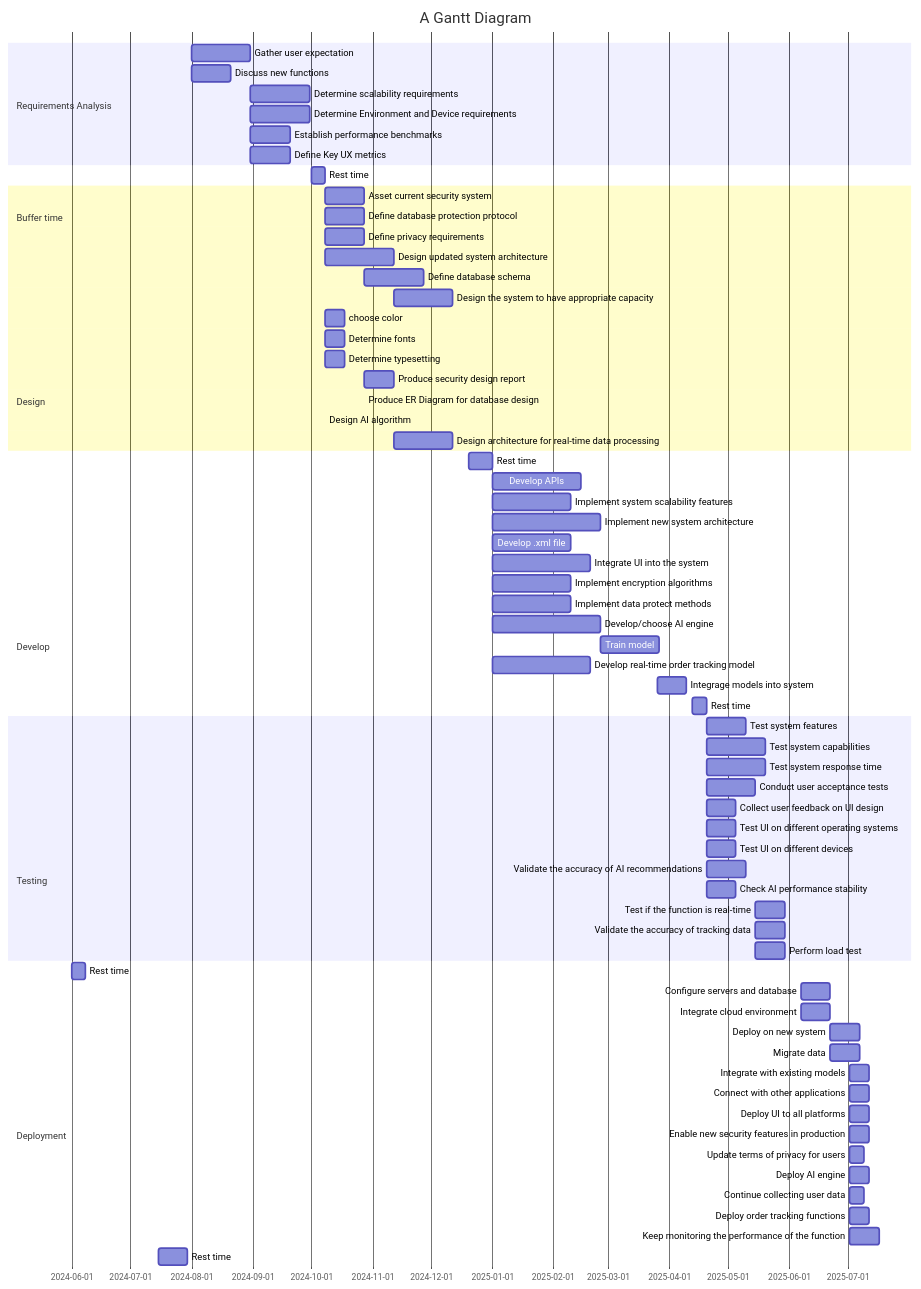
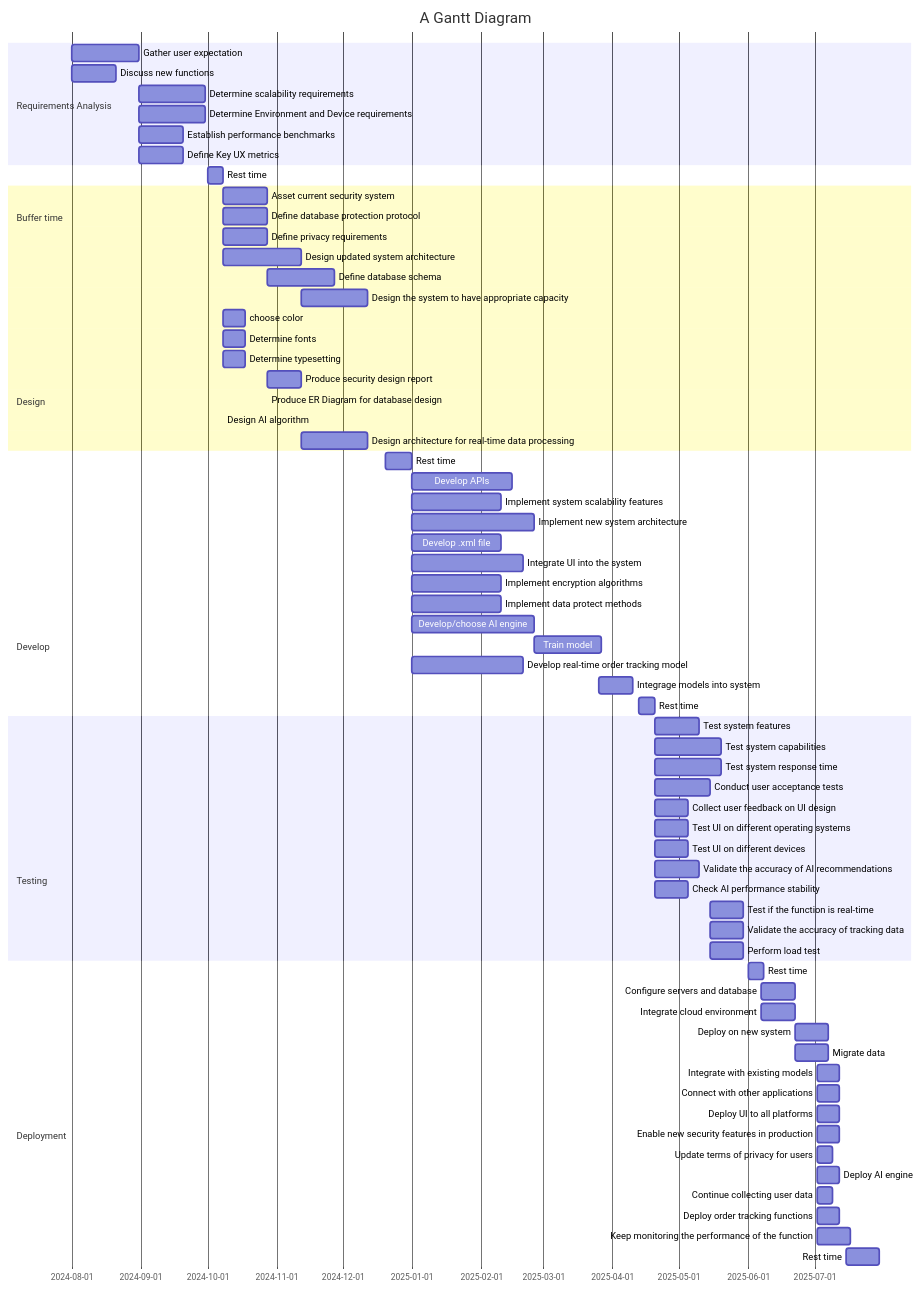
The diagram in all/Untitled-6.md (sayshelley/iodraw-files), drawn with Mermaid before and after one commit.

Commit message:
2024-10-11 18:50:21 update

````diff
--- a/all/Untitled-6.md
+++ b/all/Untitled-6.md
@@ -1,82 +1,82 @@
 ```mermaid
 gantt
     title A Gantt Diagram
     dateFormat  YYYY-MM-DD
     section Requirements Analysis
         Gather user expectation: a4, 2024-08-01, 30d
         Discuss new functions: a6, 2024-08-01, 20d
         Determine scalability requirements: a1, after a4, 30d
         Determine Environment and Device requirements: a2, after a4, 30d
         Establish performance benchmarks: a3, after a4, 20d
         Define Key UX metrics: a5, after a4, 20d
     section Buffer time
         Rest time: 2024-10-01, 7d
         
     section Design
         Asset current security system: b1, 2024-10-08, 20d
         Define database protection protocol: b2, 2024-10-08, 20d
         Define privacy requirements: b3, 2024-10-08, 20d
         Design updated system architecture: b4, 2024-10-08, 35d
         Define database schema: b5, after b2, 30d
         Design the system to have appropriate capacity: b6, after b4, 30d
         choose color: b7, 2024-10-08, 10d
         Determine fonts: b8, 2024-10-08, 10d
         Determine typesetting: b9, 2024-10-08, 10d
         Produce security design report: b10, 2024-10-28 ,15d
         Produce ER Diagram for database design: b11, 2024-10-28, 15
         Design AI algorithm: b12, 2024-10-08, 35
         Design architecture for real-time data processing: b13, 2024-11-12,30d
     section Buffer time
         Rest time: 2024-12-20, 12d
     section Develop
         Develop APIs: c1, 2025-01-01, 45d
         Implement system scalability features: c2, 2025-01-01, 40d
         Implement new system architecture: c3, 2025-01-01, 55d
         Develop .xml file: c4, 2025-01-01, 40d
         Integrate UI into the system: c5, 2025-01-01, 50d
         Implement encryption algorithms:c6, 2025-01-01, 40d
         Implement data protect methods: c7, 2025-01-01, 40d
         Develop/choose AI engine: c8, 2025-01-01, 55d
         Train model: c9, 2025-02-25, 30d
         Develop real-time order tracking model: c10, 2025-01-01, 50d
         Integrage models into system: c11, 2025-03-26, 15d
     section Buffer time
         Rest time: 2025-04-13, 7d
     section Testing
         Test system features: d1, 2025-04-20, 20d
         Test system capabilities: d2, 2025-04-20, 30d
         Test system response time: d3, 2025-04-20, 30d
         Conduct user acceptance tests: d4, 2025-04-20, 25d
         Collect user feedback on UI design: d5, 2025-04-20, 15d
         Test UI on different operating systems: d6, 2025-04-20, 15d
         Test UI on different devices: d7, 2025-04-20, 15d
         Validate the accuracy of AI recommendations: d8, 2025-04-20, 20d
         Check AI performance stability: d9, 2025-04-20, 15d
         Test if the function is real-time: d10, 2025-05-15, 15d
         Validate the accuracy of tracking data: d11, 2025-05-15, 15d
         Perform load test: d12, 2025-05-15, 15d
     section Buffer time
-        Rest time: 2024-06-01, 7d
+        Rest time: 2025-06-01, 7d
     section Deployment
         Configure servers and database: e1, 2025-06-07, 15d
         Integrate cloud environment: e2, 2025-06-07, 15d
         Deploy on new system: e3, 2025-06-22, 15d
         Migrate data: e4, 2025-06-22, 15d
         Integrate with existing models: e5, 2025-07-02, 10d
         Connect with other applications: e6, 2025-07-02,10d
         Deploy UI to all platforms: e7, 2025-07-02, 10d
         Enable new security features in production: e8, 2025-07-02, 10d
         Update terms of privacy for users: e9, 2025-07-02, 7d
         Deploy AI engine: e10, 2025-07-02,10d
         Continue collecting user data: e11, 2025-07-02, 7d
         Deploy order tracking functions: e12, 2025-07-02, 10d
         Keep monitoring the performance of the function: e13, 2025-07-02, 15d
     section Buffer time
-        Rest time: 2024-07-15, 15d
+        Rest time: 2025-07-15, 15d
         
 
     
 
 
    
 ```
````
